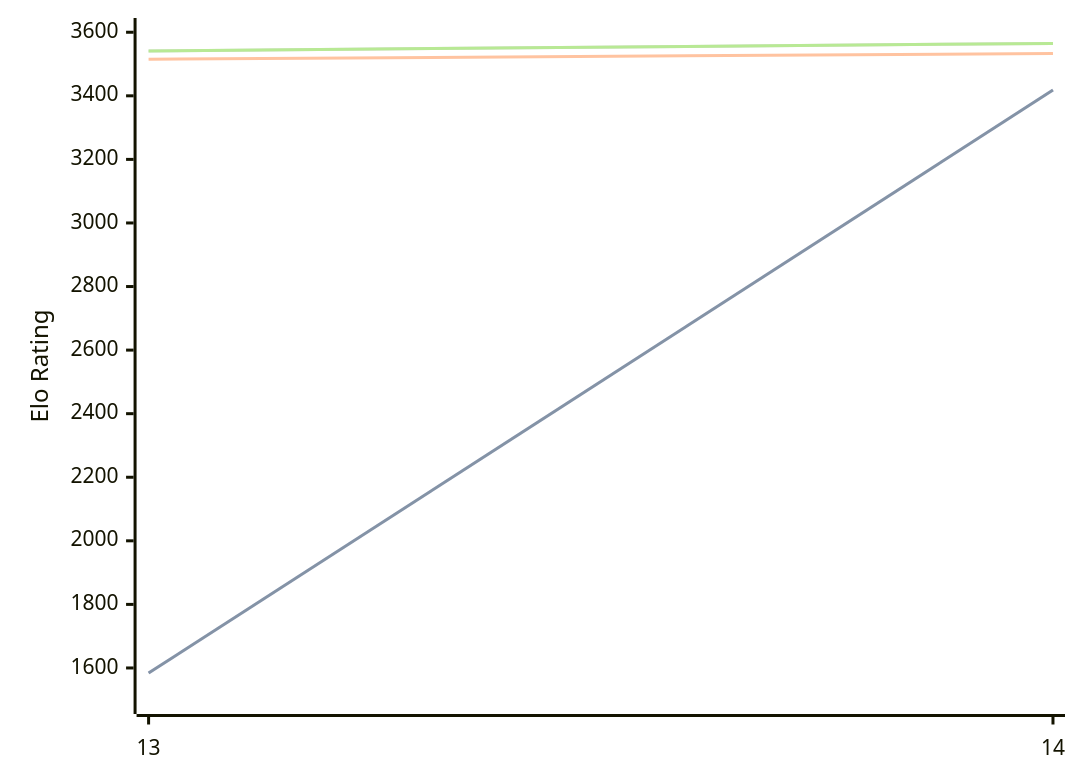
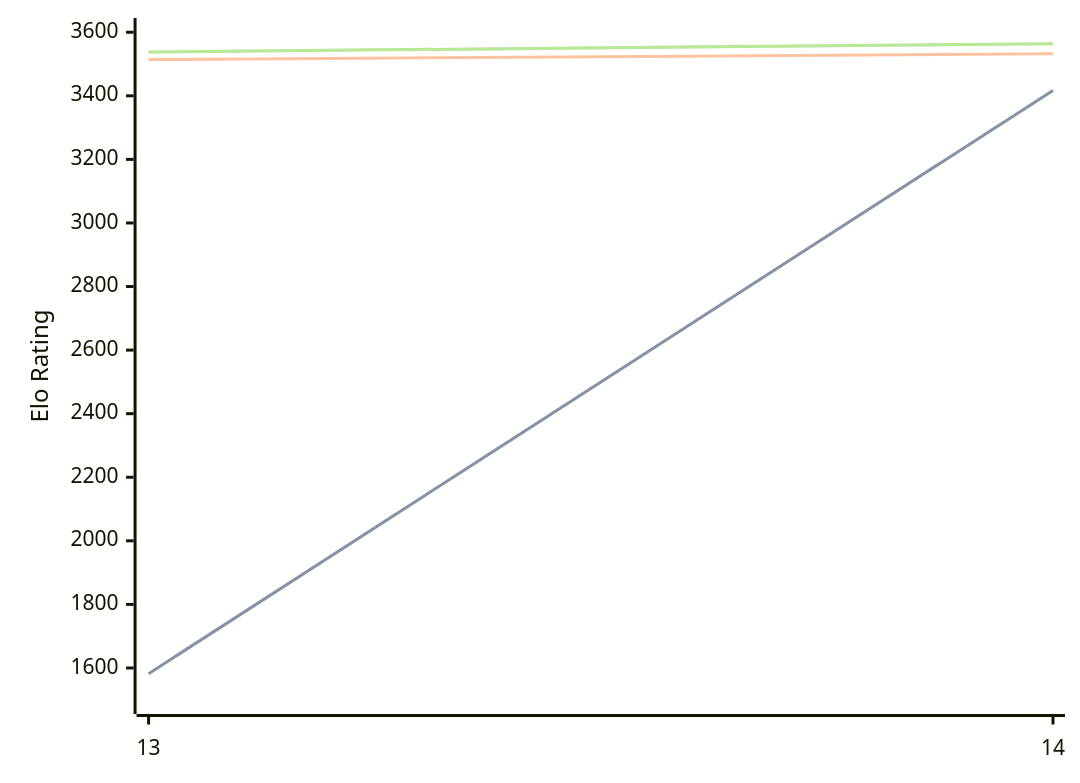
One commit to computer-chess-index/cci changed the diagram in engines/Berserk.md. Above: the diagram before and after it, drawn with Mermaid. The commit also changed other lines of this file, not shown here.

Commit message:
Update CCI Ratings (ELO VLTC) - 2026-08-12

````diff
--- a/engines/Berserk.md
+++ b/engines/Berserk.md
@@ -33,11 +33,11 @@
 ```mermaid
 %%{init: {"theme":"base","themeVariables":{"seriesColors:['#a3a3a3','#222221','#faa371']}}}%%
 xychart-beta
   x-axis ["13", "14"]
   y-axis "Elo Rating" 1500 --> 3600
-  line "STC (8.0+0.08s)" [1584, 3418]
-  line "STC (8.0+0.08s)" [1584, 3418]
-  line "LTC (60.0+0.60s)" [3515, 3533]
-  line "VLTC (2m24s+1.12s)" [3541, 3565]
-  line "VLTC (2m24s+1.12s)" [3541, 3565]
+  line "STC (8.0+0.08s)" [1582, 3417]
+  line "STC (8.0+0.08s)" [1582, 3417]
+  line "LTC (60.0+0.60s)" [3514, 3532]
+  line "VLTC (2m24s+1.12s)" [3538, 3564]
+  line "VLTC (2m24s+1.12s)" [3538, 3564]
 ```
````
